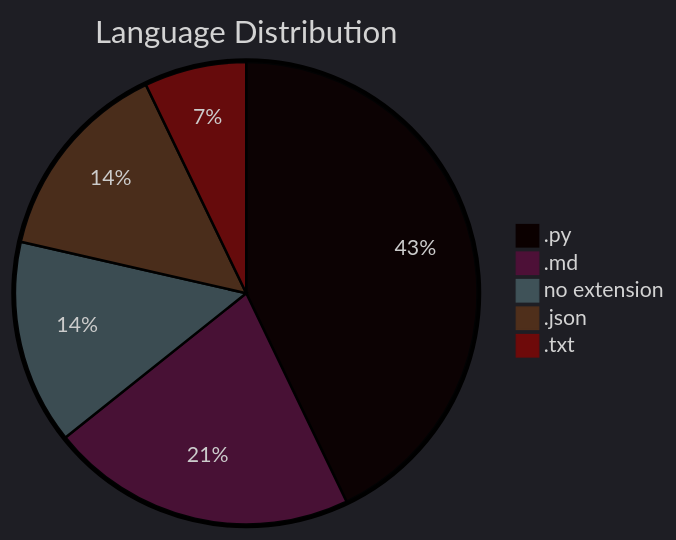
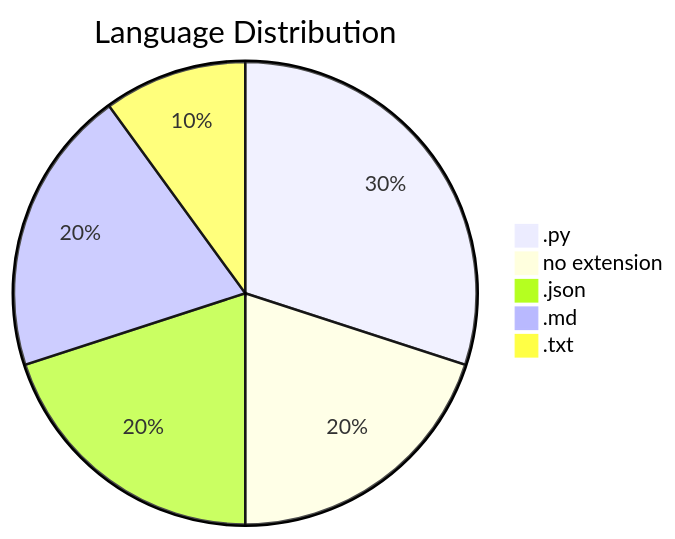
The first of 9 diagrams in ndaversis_readme.md (lystwork/ndaversis), drawn with Mermaid before and after one commit. The commit also changed other lines of this file and 8 other files, not shown here.

````diff
--- a/ndaversis_readme.md
+++ b/ndaversis_readme.md
@@ -123,25 +122,8 @@
 ```mermaid
-%%{init: {
-  'theme':'dark',
-  'themeVariables': {
-    'primaryColor': '#667eea',
-    'primaryTextColor': '#fff',
-    'primaryBorderColor': '#764ba2',
-    'lineColor': '#f093fb',
-    'secondaryColor': '#4facfe',
-    'tertiaryColor': '#43e97b',
-    'background': '#1a1a2e',
-    'mainBkg': '#16213e',
-    'secondBkg': '#0f3460',
-    'pieOuterStrokeWidth': '3px',
-    'pieStrokeWidth': '2px',
-    'pieOpacity': '0.9'
-  }
-}}%%
 pie title Language Distribution
-    ".py" : 6
-    ".md" : 3
+    ".py" : 3
     "no extension" : 2
     ".json" : 2
+    ".md" : 2
     ".txt" : 1
 ```
````
